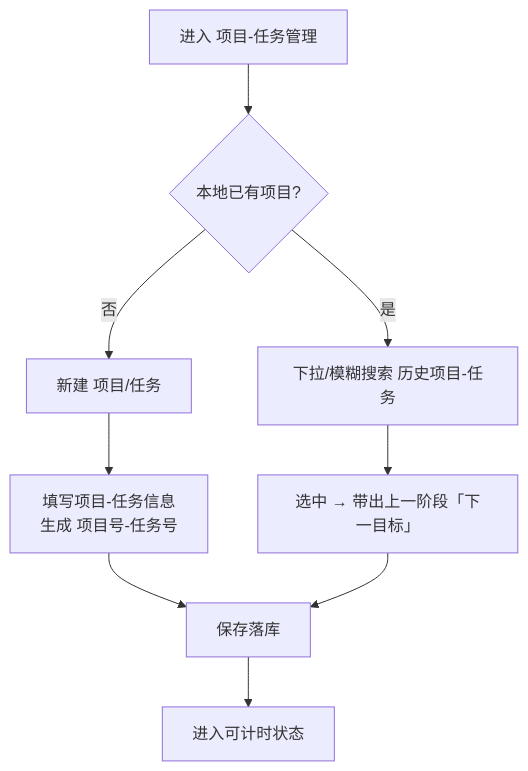
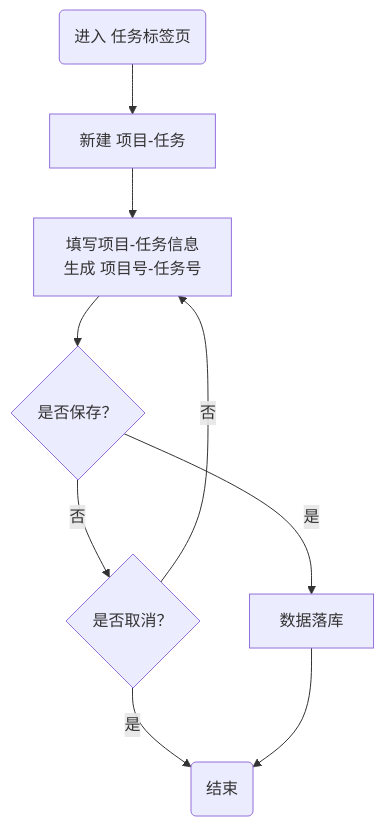
Before and after one commit to YangYuhua122121/WorkLog: the first of 5 diagrams in worklog-PRD文档.md, drawn with Mermaid. The commit also changed other lines of this file and 3 other files, not shown here.

````diff
--- a/worklog-PRD文档.md
+++ b/worklog-PRD文档.md
@@ -180,11 +168,11 @@
 ```mermaid
 flowchart TD
-    A[进入 项目-任务管理] --> B{本地已有项目?}
-    B -- 否 --> C[新建 项目/任务]
+    A(进入 任务标签页) --> C[新建 项目-任务]
     C --> D[填写项目-任务信息\n生成 项目号-任务号]
-    B -- 是 --> E[下拉/模糊搜索 历史项目-任务]
-    E --> F[选中 → 带出上一阶段「下一目标」]
-    D --> G[保存落库]
-    F --> G
-    G --> H[进入可计时状态]
+    D --> E{是否保存？}
+    E -- 否 --> G{是否取消？}
+    E -- 是 --> F[数据落库]
+    G --否--> D
+    G --是--> H(结束)
+    F --> H
 ```
````
